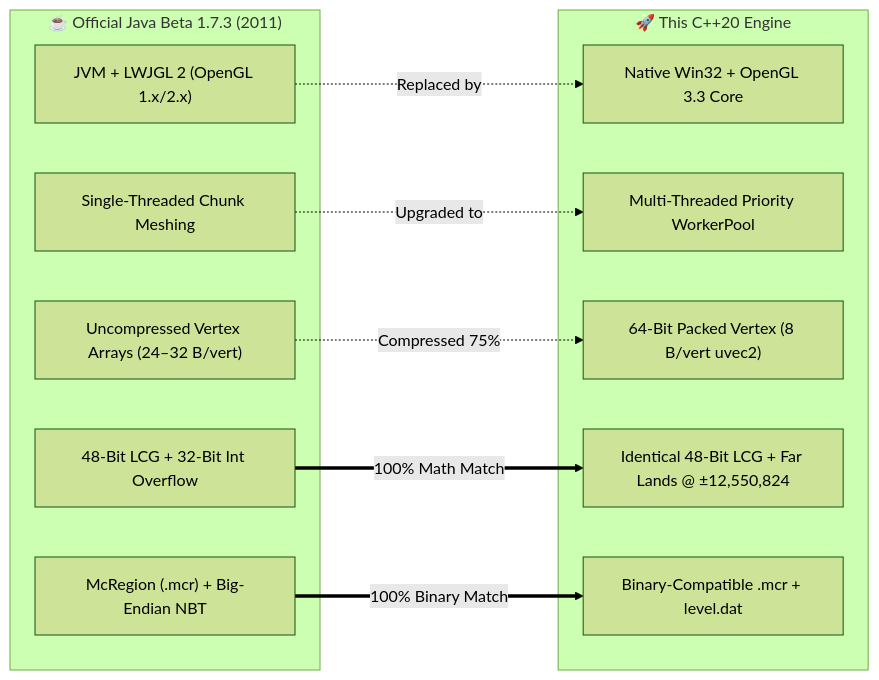
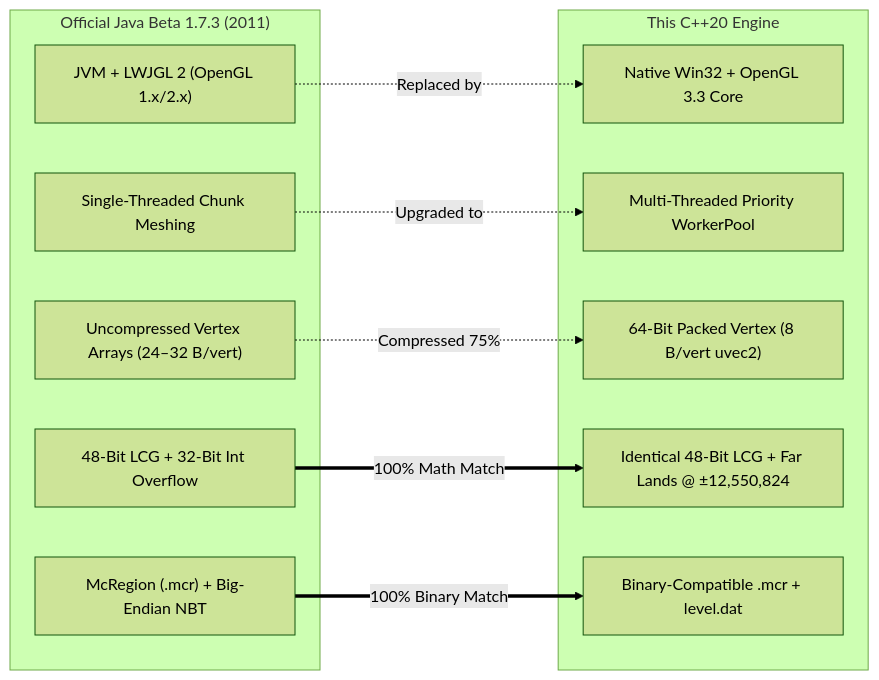
One commit to laaasoomaa279/MC-b173-Cpp-Engine changed the second of 2 diagrams in README.md. Above: the diagram before and after it, drawn with Mermaid (forest theme). The commit also changed other lines of this file, not shown here.

````diff
--- a/README.md
+++ b/README.md
@@ -83,25 +83,25 @@
 ```mermaid
 graph LR
-    subgraph JAVA["☕ Official Java Beta 1.7.3 (2011)"]
+    subgraph JAVA[" Official Java Beta 1.7.3 (2011)"]
         J1["JVM + LWJGL 2 (OpenGL 1.x/2.x)"]
         J2["Single-Threaded Chunk Meshing"]
         J3["Uncompressed Vertex Arrays (24–32 B/vert)"]
         J4["48-Bit LCG + 32-Bit Int Overflow"]
         J5["McRegion (.mcr) + Big-Endian NBT"]
     end
 
-    subgraph CPP["🚀 This C++20 Engine"]
+    subgraph CPP[" This C++20 Engine"]
         C1["Native Win32 + OpenGL 3.3 Core"]
         C2["Multi-Threaded Priority WorkerPool"]
         C3["64-Bit Packed Vertex (8 B/vert uvec2)"]
         C4["Identical 48-Bit LCG + Far Lands @ ±12,550,824"]
         C5["Binary-Compatible .mcr + level.dat"]
     end
 
     J1 -.->|Replaced by| C1
     J2 -.->|Upgraded to| C2
     J3 -.->|Compressed 75%| C3
     J4 ===>|100% Math Match| C4
     J5 ===>|100% Binary Match| C5
 
 ```
````
